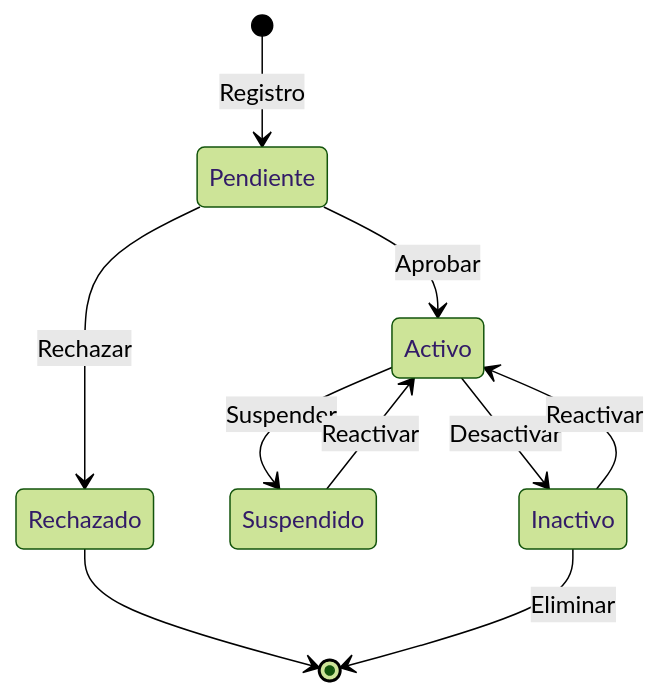
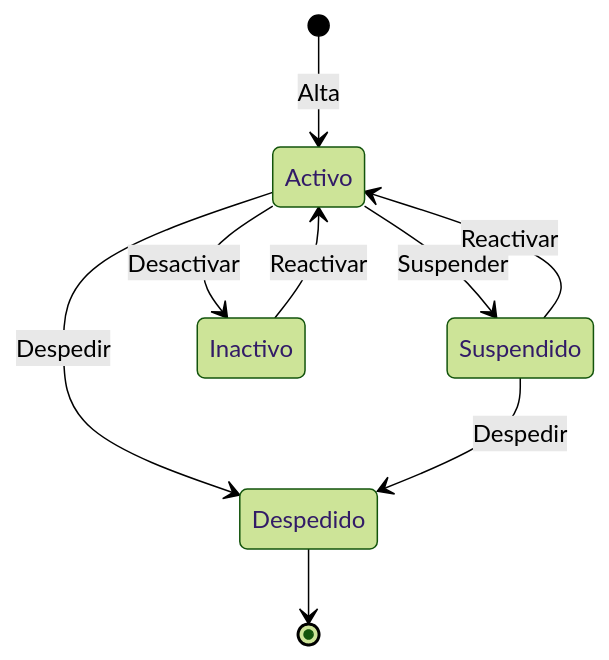
One commit to luicahleo/DocumentacionProyectos changed the first of 6 diagrams in ICARUS/diagramas/estado.md. Above: the diagram before and after it, drawn with Mermaid (forest theme). The commit also changed other lines of this file and 52 other files, not shown here.

````diff
--- a/ICARUS/diagramas/estado.md
+++ b/ICARUS/diagramas/estado.md
@@ -5,12 +12,11 @@
 ```mermaid
 stateDiagram-v2
-    [*] --> Pendiente: Registro
-    Pendiente --> Activo: Aprobar
-    Pendiente --> Rechazado: Rechazar
+    [*] --> Activo: Alta
     Activo --> Suspendido: Suspender
     Suspendido --> Activo: Reactivar
     Activo --> Inactivo: Desactivar
     Inactivo --> Activo: Reactivar
-    Rechazado --> [*]
-    Inactivo --> [*]: Eliminar
+    Activo --> Despedido: Despedir
+    Suspendido --> Despedido: Despedir
+    Despedido --> [*]
 ```
````
